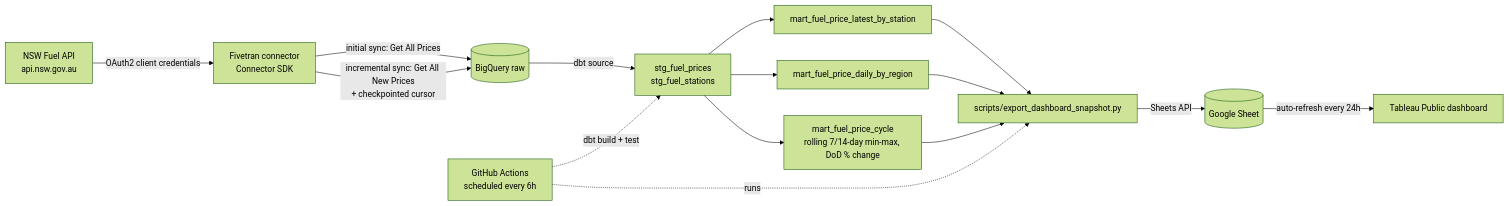
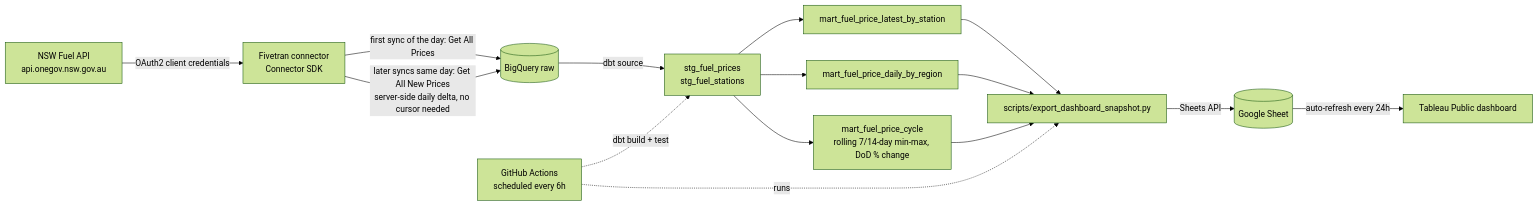
The diagram in README.md (andreshako/nsw-fuel-pulse), drawn with Mermaid (forest theme) before and after one commit. The commit also changed other lines of this file and 6 other files, not shown here.

First line of the commit message:
fix: correct dbt staging/marts against real NSW Fuel API data

````diff
--- a/README.md
+++ b/README.md
@@ -39,18 +40,18 @@
 ```mermaid
 flowchart LR
-    A[NSW Fuel API<br/>api.nsw.gov.au] -->|OAuth2 client credentials| B[Fivetran connector<br/>Connector SDK]
-    B -->|initial sync: Get All Prices| C[(BigQuery raw)]
-    B -->|incremental sync: Get All New Prices<br/>+ checkpointed cursor| C
+    A[NSW Fuel API<br/>api.onegov.nsw.gov.au] -->|OAuth2 client credentials| B[Fivetran connector<br/>Connector SDK]
+    B -->|first sync of the day: Get All Prices| C[(BigQuery raw)]
+    B -->|later syncs same day: Get All New Prices<br/>server-side daily delta, no cursor needed| C
     C -->|dbt source| D[stg_fuel_prices<br/>stg_fuel_stations]
     D --> E[mart_fuel_price_latest_by_station]
     D --> F[mart_fuel_price_daily_by_region]
     D --> G[mart_fuel_price_cycle<br/>rolling 7/14-day min-max, DoD % change]
 
     H[GitHub Actions<br/>scheduled every 6h] -.dbt build + test.-> D
     H -.runs.-> I[scripts/export_dashboard_snapshot.py]
     E --> I
     F --> I
     G --> I
     I -->|Sheets API| J[(Google Sheet)]
     J -->|auto-refresh every 24h| K[Tableau Public dashboard]
 ```
````
